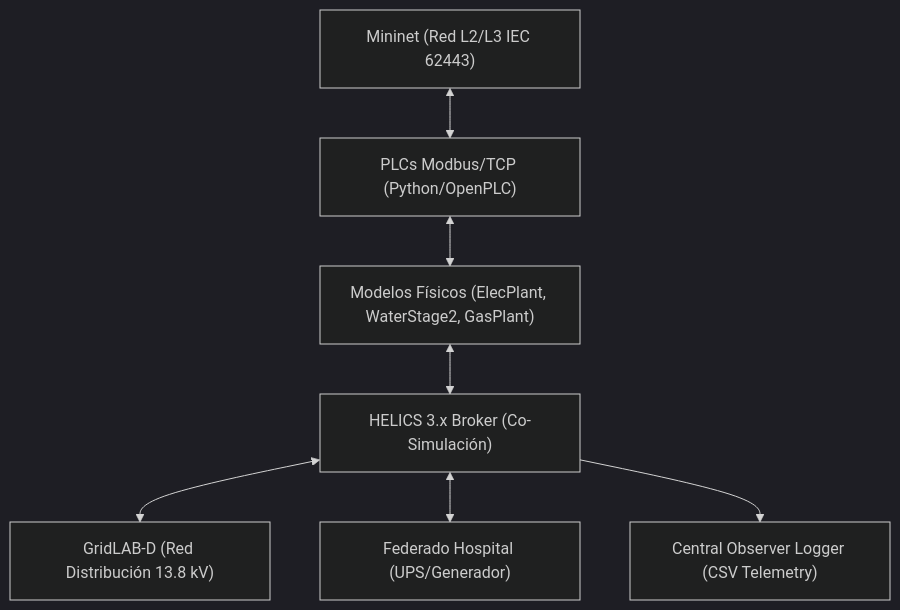
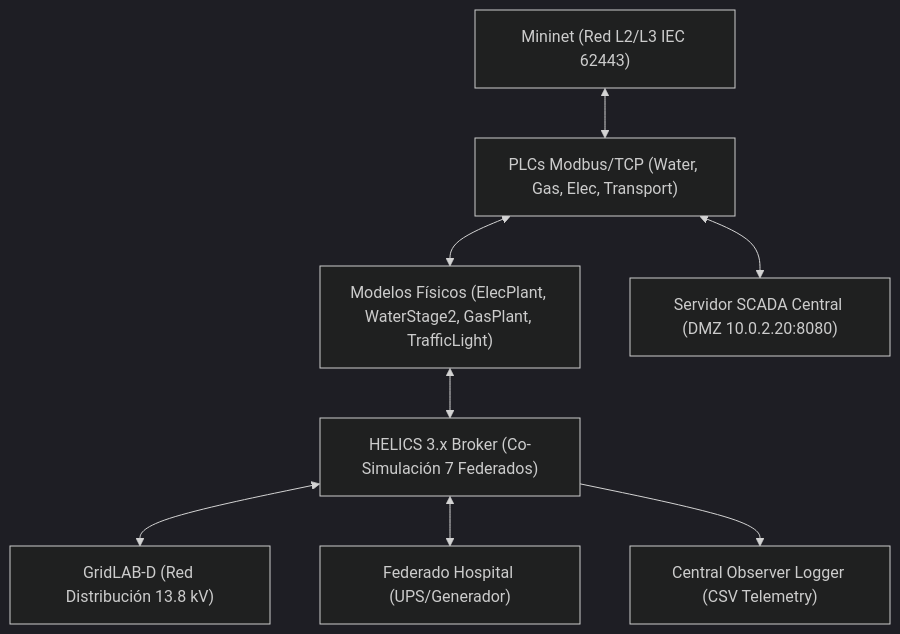
One commit to kripiman/CityLab changed the diagram in docs/ERS.md. Above: the diagram before and after it, drawn with Mermaid (dark theme). The commit also changed other lines of this file and 1 other file, not shown here.

````diff
--- a/docs/ERS.md
+++ b/docs/ERS.md
@@ -37,9 +39,10 @@
 ```mermaid
 graph TD
-    A["Mininet (Red L2/L3 IEC 62443)"] <--> B["PLCs Modbus/TCP (Python/OpenPLC)"]
-    B <--> C["Modelos Físicos (ElecPlant, WaterStage2, GasPlant)"]
-    C <--> D["HELICS 3.x Broker (Co-Simulación)"]
+    A["Mininet (Red L2/L3 IEC 62443)"] <--> B["PLCs Modbus/TCP (Water, Gas, Elec, Transport)"]
+    B <--> C["Modelos Físicos (ElecPlant, WaterStage2, GasPlant, TrafficLight)"]
+    C <--> D["HELICS 3.x Broker (Co-Simulación 7 Federados)"]
     D <--> E["GridLAB-D (Red Distribución 13.8 kV)"]
     D <--> F["Federado Hospital (UPS/Generador)"]
+    B <--> H["Servidor SCADA Central (DMZ 10.0.2.20:8080)"]
     D --> G["Central Observer Logger (CSV Telemetry)"]
 ```
````
